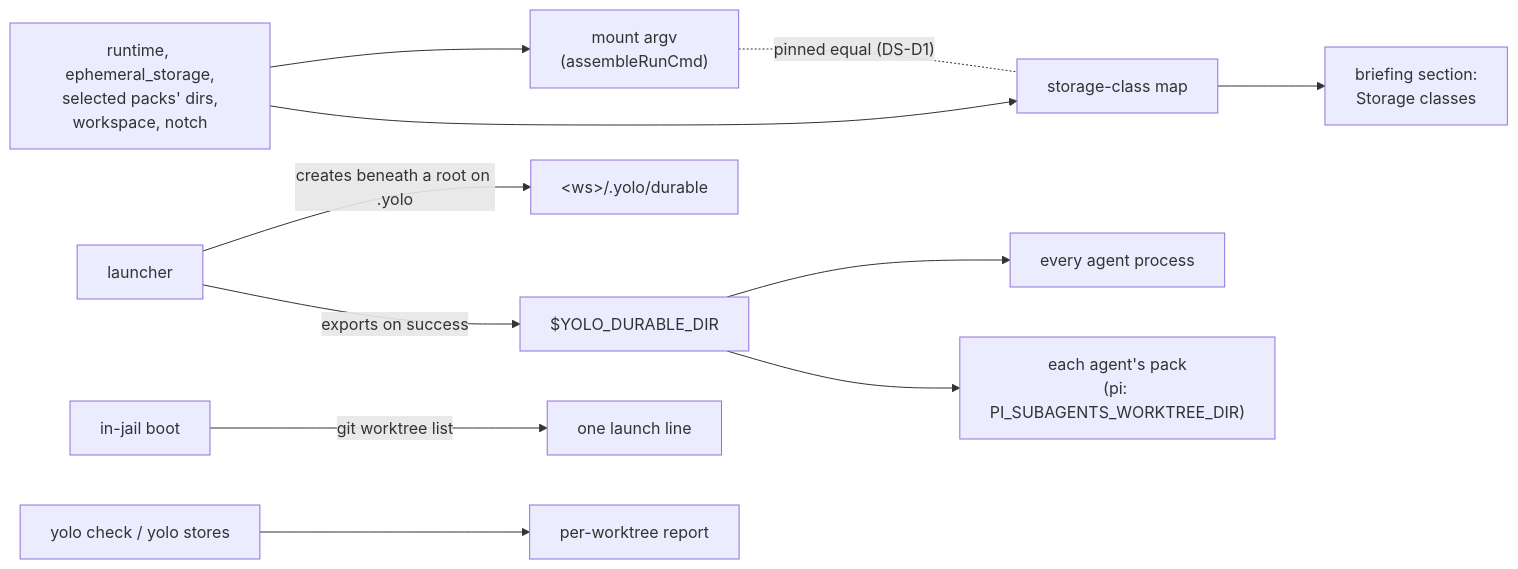
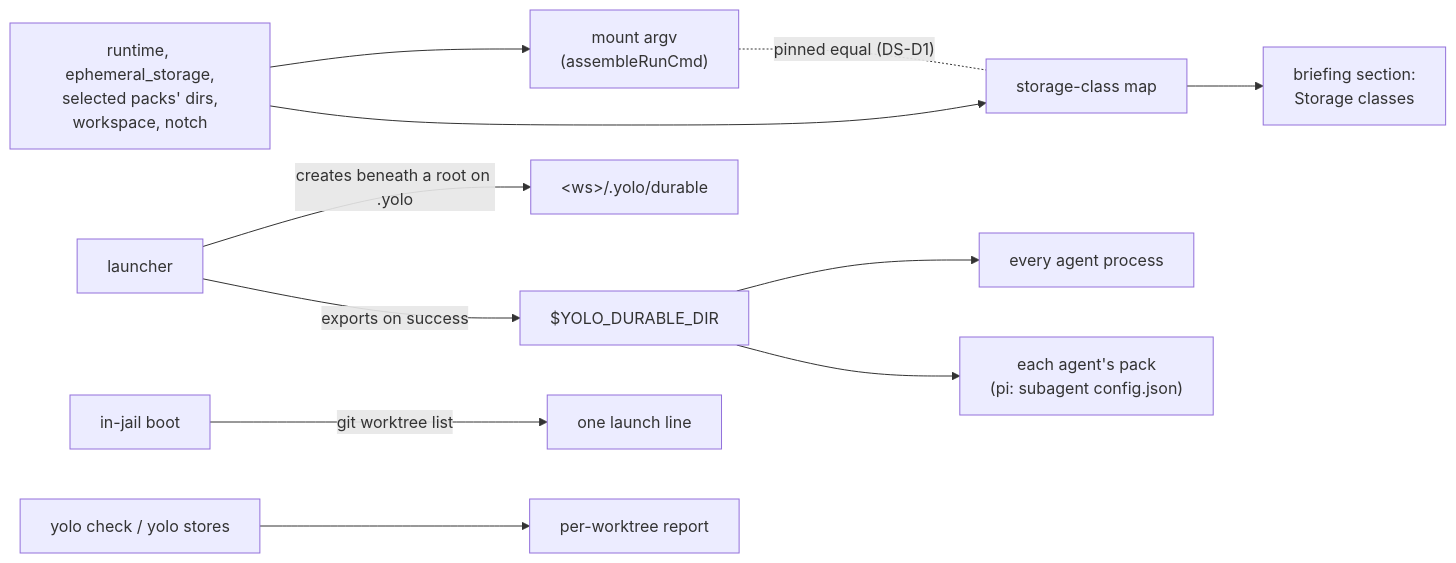
One commit to mschulkind-oss/yolo-jail changed the diagram in docs/design/durable-scratch-space.md. Above: the diagram before and after it, drawn with Mermaid. The commit also changed other lines of this file and 4 other files, not shown here.

First line of the commit message:
fix(pi): configure pi-subagents durable worktrees via config.json instead of env

````diff
--- a/docs/design/durable-scratch-space.md
+++ b/docs/design/durable-scratch-space.md
@@ -393,13 +393,13 @@
 ```mermaid
 flowchart LR
   inputs["runtime, ephemeral_storage,<br/>selected packs' dirs,<br/>workspace, notch"] --> argv["mount argv<br/>(assembleRunCmd)"]
   inputs --> map["storage-class map"]
   map --> section["briefing section:<br/>Storage classes"]
   launcher["launcher"] -->|creates beneath a root on .yolo| dir["&lt;ws&gt;/.yolo/durable"]
   launcher -->|exports on success| env["$YOLO_DURABLE_DIR"]
   env --> agents["every agent process"]
-  env --> packs["each agent's pack<br/>(pi: PI_SUBAGENTS_WORKTREE_DIR)"]
+  env --> packs["each agent's pack<br/>(pi: subagent config.json)"]
   boot["in-jail boot"] -->|git worktree list| line["one launch line"]
   check["yolo check / yolo stores"] --> report["per-worktree report"]
   argv -. "pinned equal (DS-D1)" .- map
 ```
````
